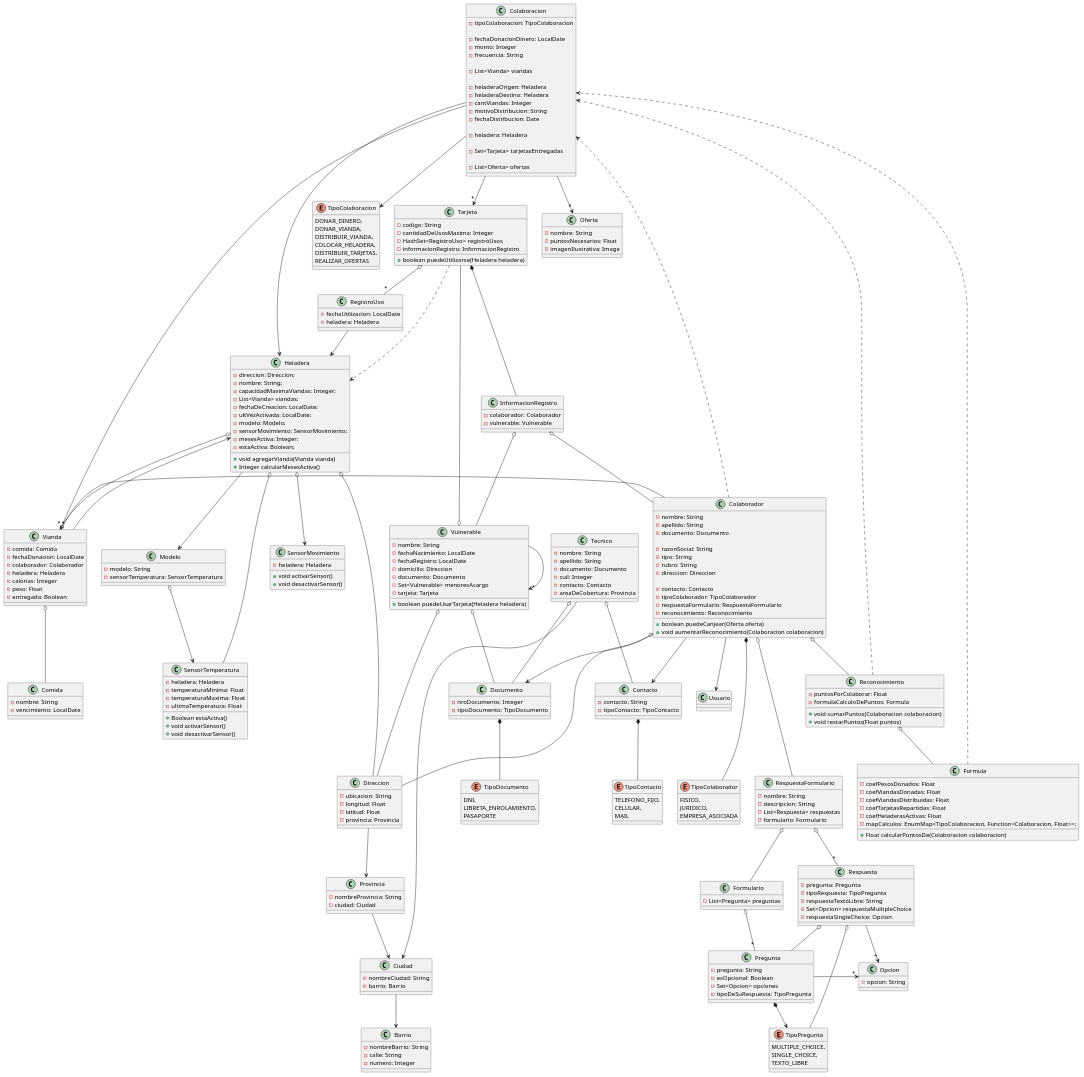
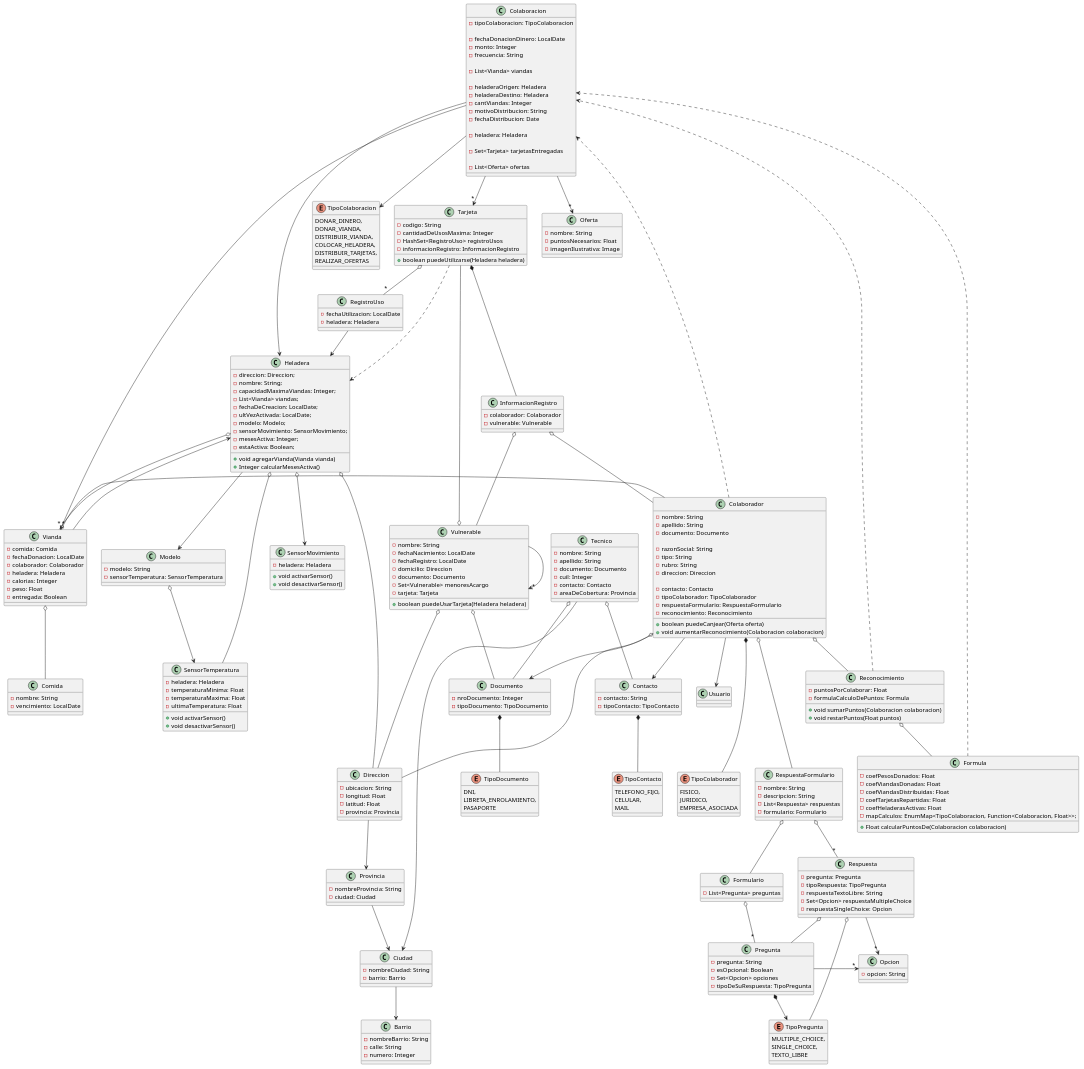
The diagram in diagrams/domain/diagrama-clases.puml (santymendez/tp-dds-2024), drawn with PlantUML before and after one commit. The commit also changed 7 other files, not shown here.

```diff
--- a/diagrams/domain/diagrama-clases.puml
+++ b/diagrams/domain/diagrama-clases.puml
@@ -181,7 +181,6 @@
     -temperaturaMaxima: Float
     -ultimaTemperatura: Float
 
-    +Boolean estaActiva()
     +void activarSensor()
     +void desactivarSensor()
 }
```
